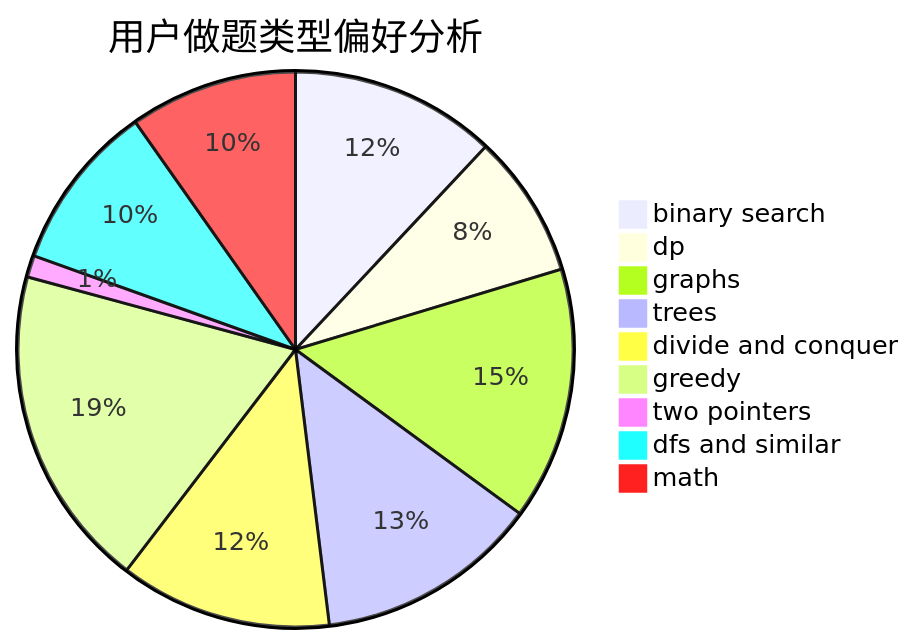
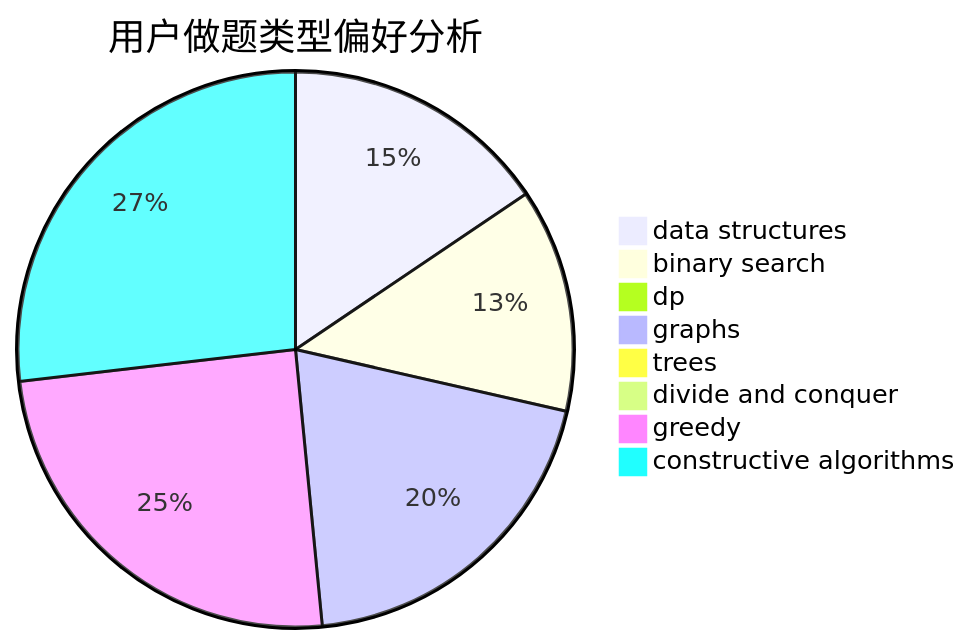
The second of 3 diagrams in docs/user/u2049.md (sherpahu/cfrs.github.io), drawn with Mermaid before and after one commit. The commit also changed other lines of this file and 2775 other files, not shown here.

````diff
--- a/docs/user/u2049.md
+++ b/docs/user/u2049.md
@@ -23,12 +23,11 @@
 ```mermaid
 pie title 用户做题类型偏好分析
-    "binary search" :  237
-    "dp" :  165
-    "graphs" :  291
-    "trees" :  257
-    "divide and conquer" :  244
-    "greedy" :  372
-    "two pointers" :  25
-    "dfs and similar" :  193
-    "math" :  193
+    "data structures" :  197
+    "binary search" :  165
+    "dp" :  6
+    "graphs" :  252
+    "trees" :  4
+    "divide and conquer" :  0
+    "greedy" :  313
+    "constructive algorithms" :  340
 ```
````
